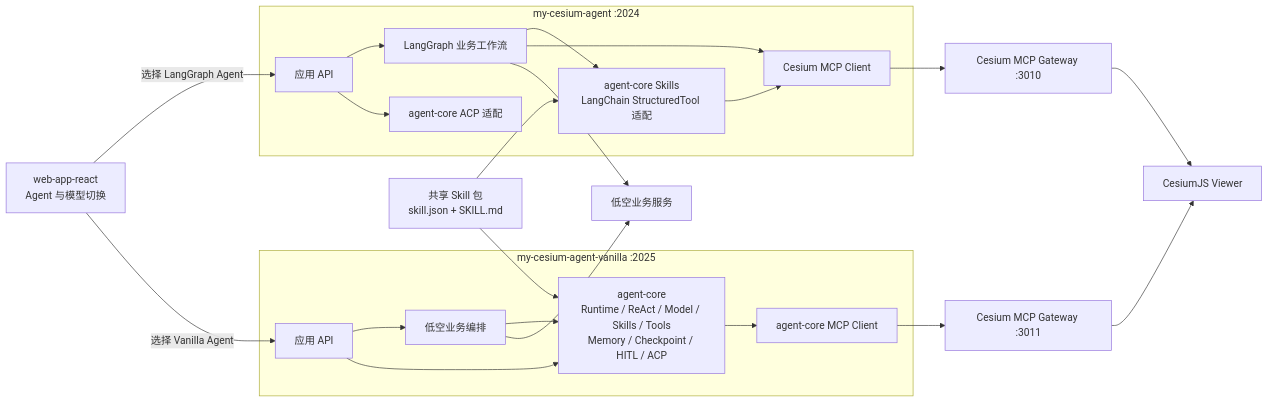
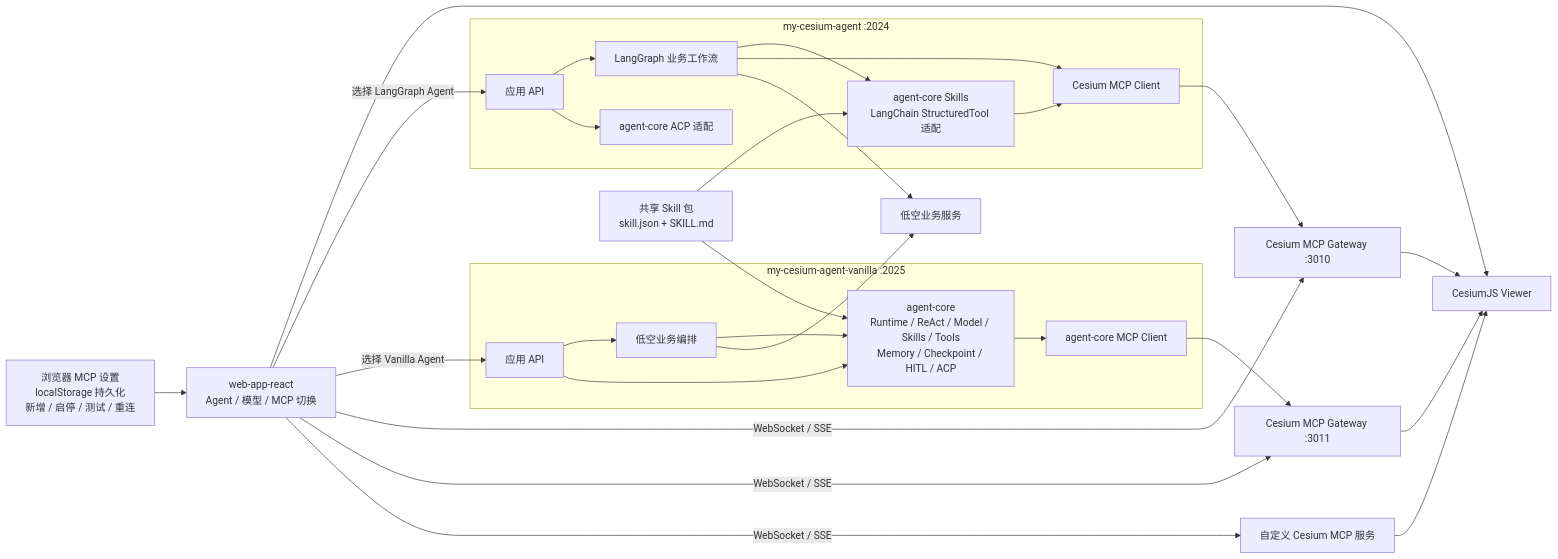
One commit to qiuzixu/agent-core changed the fourth of 4 diagrams in docs/ARCHITECTURE.md. Above: the diagram before and after it, drawn with Mermaid. The commit also changed other lines of this file and 48 other files, not shown here.

````diff
--- a/docs/ARCHITECTURE.md
+++ b/docs/ARCHITECTURE.md
@@ -236,48 +236,56 @@
 ```mermaid
 flowchart LR
-    WEB["web-app-react<br/>Agent 与模型切换"]
+    WEB["web-app-react<br/>Agent / 模型 / MCP 切换"]
+    MCPSETTINGS["浏览器 MCP 设置<br/>localStorage 持久化<br/>新增 / 启停 / 测试 / 重连"]
 
     subgraph LANGGRAPH["my-cesium-agent :2024"]
         LGAPI["应用 API"]
         LGFLOW["LangGraph 业务工作流"]
         LGACP["agent-core ACP 适配"]
         LGSKILL["agent-core Skills<br/>LangChain StructuredTool 适配"]
         LGMCP["Cesium MCP Client"]
     end
 
     subgraph VANILLA["my-cesium-agent-vanilla :2025"]
         VAPI["应用 API"]
         VBUSINESS["低空业务编排"]
         VCORE["agent-core<br/>Runtime / ReAct / Model / Skills / Tools<br/>Memory / Checkpoint / HITL / ACP"]
         VMCP["agent-core MCP Client"]
     end
 
     GW1["Cesium MCP Gateway :3010"]
     GW2["Cesium MCP Gateway :3011"]
+    CUSTOMGW["自定义 Cesium MCP 服务"]
     VIEWER["CesiumJS Viewer"]
     BUSINESSAPI["低空业务服务"]
     SHAREDSKILLS["共享 Skill 包<br/>skill.json + SKILL.md"]
 
+    MCPSETTINGS --> WEB
+    WEB --> VIEWER
     WEB -->|选择 LangGraph Agent| LGAPI
     WEB -->|选择 Vanilla Agent| VAPI
+    WEB -->|WebSocket / SSE| GW1
+    WEB -->|WebSocket / SSE| GW2
+    WEB -->|WebSocket / SSE| CUSTOMGW
 
     LGAPI --> LGFLOW
     LGAPI --> LGACP
     LGFLOW --> LGSKILL
     SHAREDSKILLS --> LGSKILL
     LGSKILL --> LGMCP
     LGFLOW --> LGMCP
     LGFLOW --> BUSINESSAPI
     LGMCP --> GW1
 
     VAPI --> VBUSINESS
     VAPI --> VCORE
     VBUSINESS --> VCORE
     SHAREDSKILLS --> VCORE
     VCORE --> VMCP
     VBUSINESS --> BUSINESSAPI
     VMCP --> GW2
 
     GW1 --> VIEWER
     GW2 --> VIEWER
+    CUSTOMGW --> VIEWER
 ```
````
